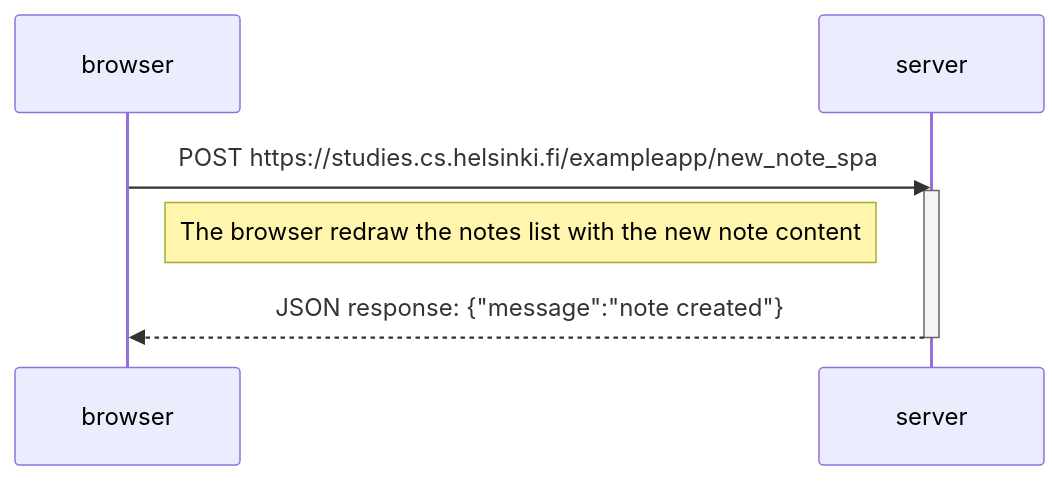
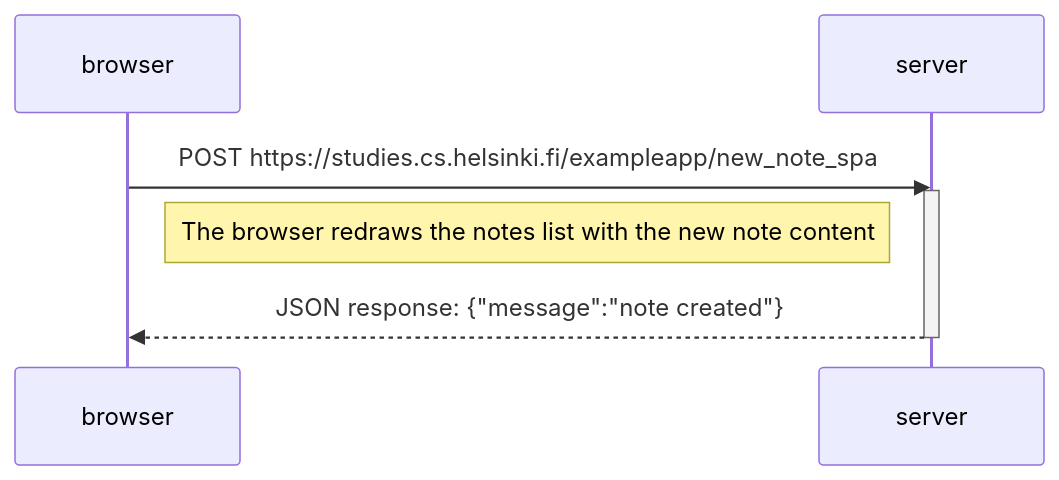
The diagram in part0/0.6/new_note_in_single_page_app_diagram.md (gcosta815/fullstackopen), drawn with Mermaid before and after one commit.

````diff
--- a/part0/0.6/new_note_in_single_page_app_diagram.md
+++ b/part0/0.6/new_note_in_single_page_app_diagram.md
@@ -1,13 +1,13 @@
 ```mermaid
 sequenceDiagram;
   participant browser;
   participant server;
 
   browser->>server: POST https://studies.cs.helsinki.fi/exampleapp/new_note_spa;
   activate server;
 
-  Note right of browser: The browser redraw the notes list with the new note content
+  Note right of browser: The browser redraws the notes list with the new note content
 
   server-->>browser: JSON response: {"message":"note created"}
   deactivate server
 ```
````
